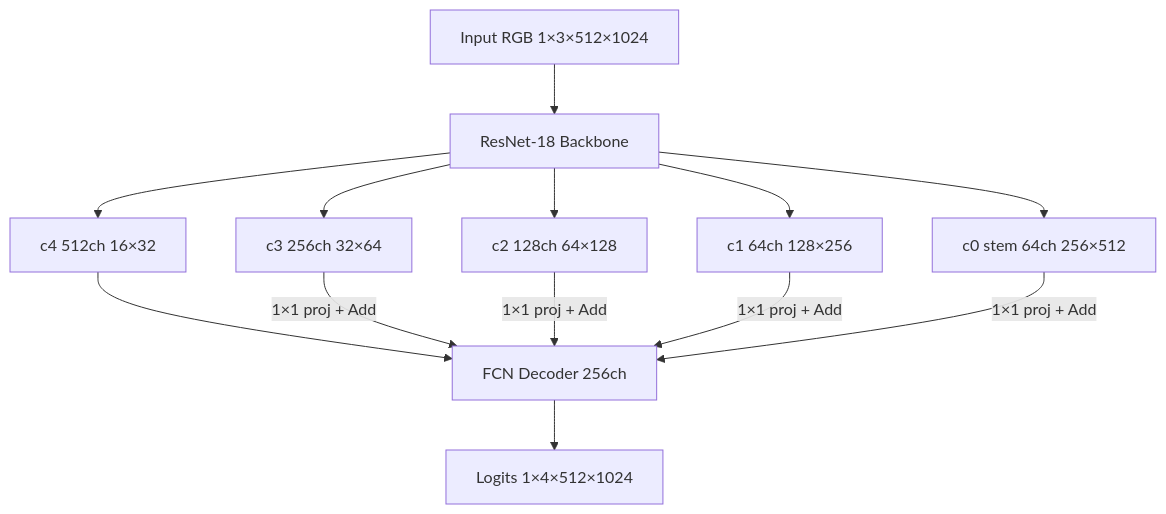
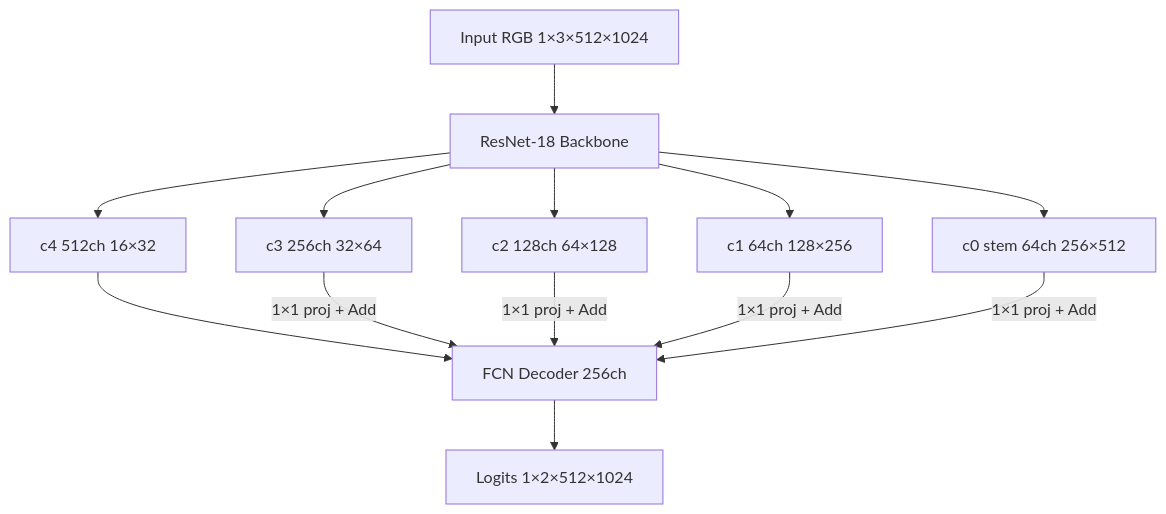
One commit to atharvpomo/DLALaneNet changed the diagram in docs/ARCHITECTURE.md. Above: the diagram before and after it, drawn with Mermaid. The commit also changed other lines of this file and 8 other files, not shown here.

````diff
--- a/docs/ARCHITECTURE.md
+++ b/docs/ARCHITECTURE.md
@@ -69,21 +69,21 @@
 ```mermaid
 flowchart TB
     IN["Input RGB 1×3×512×1024"]
     BB["ResNet-18 Backbone"]
     C0["c0 stem 64ch 256×512"]
     C1["c1 64ch 128×256"]
     C2["c2 128ch 64×128"]
     C3["c3 256ch 32×64"]
     C4["c4 512ch 16×32"]
     DEC["FCN Decoder 256ch"]
-    OUT["Logits 1×4×512×1024"]
+    OUT["Logits 1×2×512×1024"]
 
     IN --> BB
     BB --> C0 & C1 & C2 & C3 & C4
     C4 --> DEC
     C3 -->|"1×1 proj + Add"| DEC
     C2 -->|"1×1 proj + Add"| DEC
     C1 -->|"1×1 proj + Add"| DEC
     C0 -->|"1×1 proj + Add"| DEC
     DEC --> OUT
 ```
````
